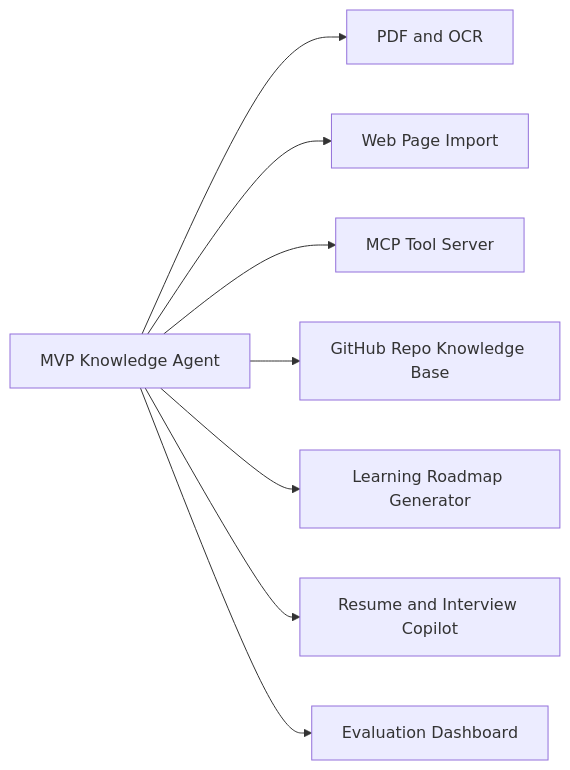
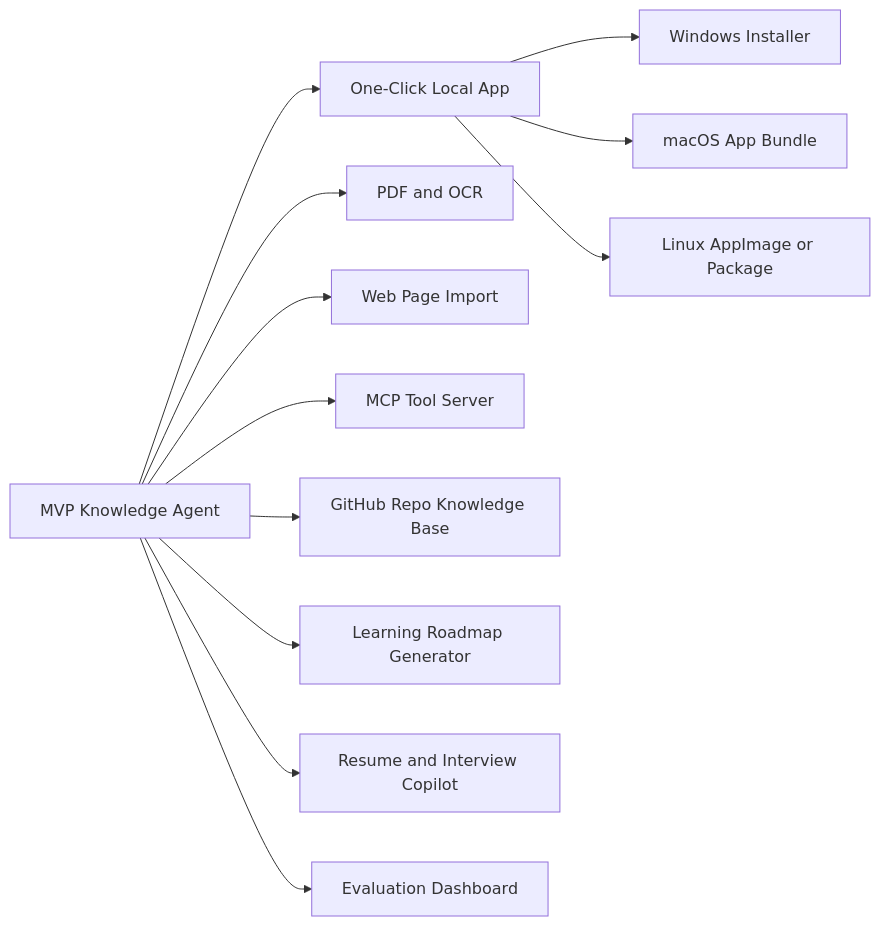
Before and after one commit to supadLL/ai-knowledge-agent: the fifth of 5 diagrams in knowledge-graph.md, drawn with Mermaid. The commit also changed other lines of this file and 63 other files, not shown here.

````diff
--- a/knowledge-graph.md
+++ b/knowledge-graph.md
@@ -173,10 +203,14 @@
 ```mermaid
 graph LR
-  MVP[MVP Knowledge Agent] --> PDF[PDF and OCR]
+  MVP[MVP Knowledge Agent] --> Packaged[One-Click Local App]
+  Packaged --> Windows[Windows Installer]
+  Packaged --> Mac[macOS App Bundle]
+  Packaged --> Linux[Linux AppImage or Package]
+  MVP --> PDF[PDF and OCR]
   MVP --> Web[Web Page Import]
   MVP --> MCP[MCP Tool Server]
   MVP --> Git[GitHub Repo Knowledge Base]
   MVP --> Notes[Learning Roadmap Generator]
   MVP --> Interview[Resume and Interview Copilot]
   MVP --> Dashboard[Evaluation Dashboard]
 ```
````
